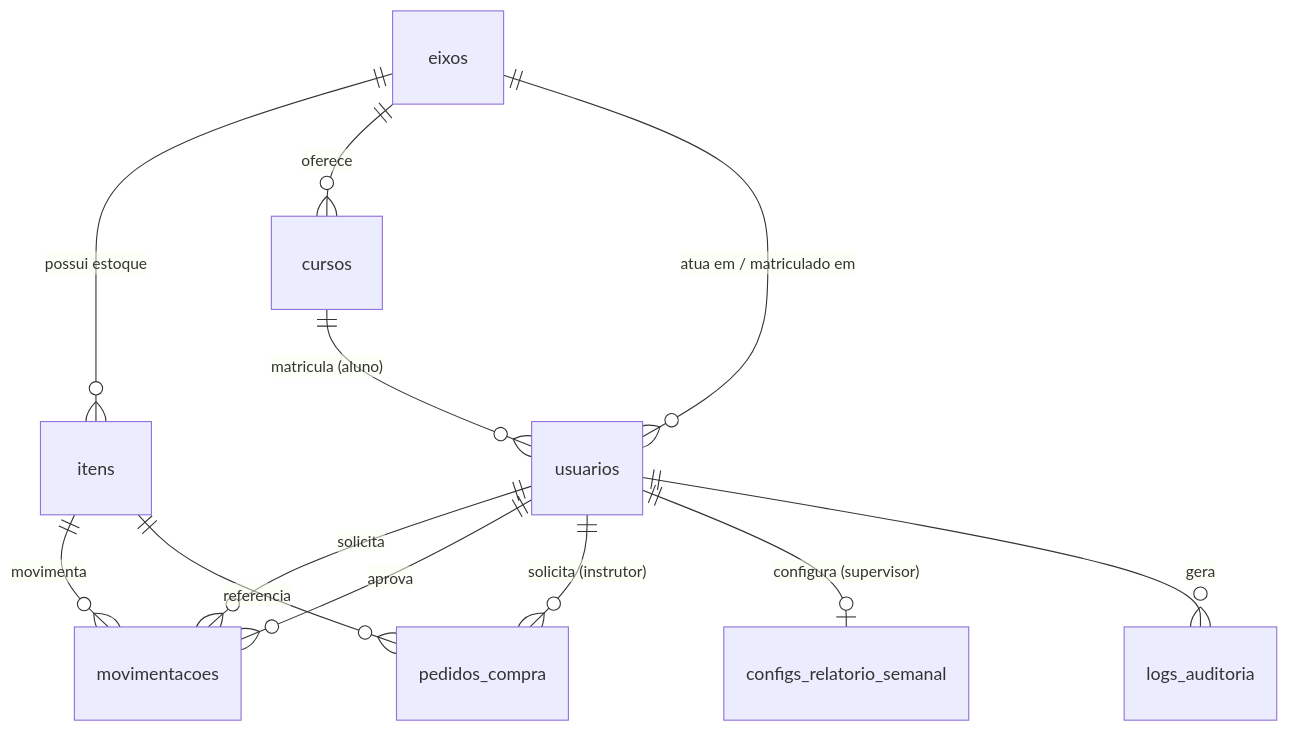
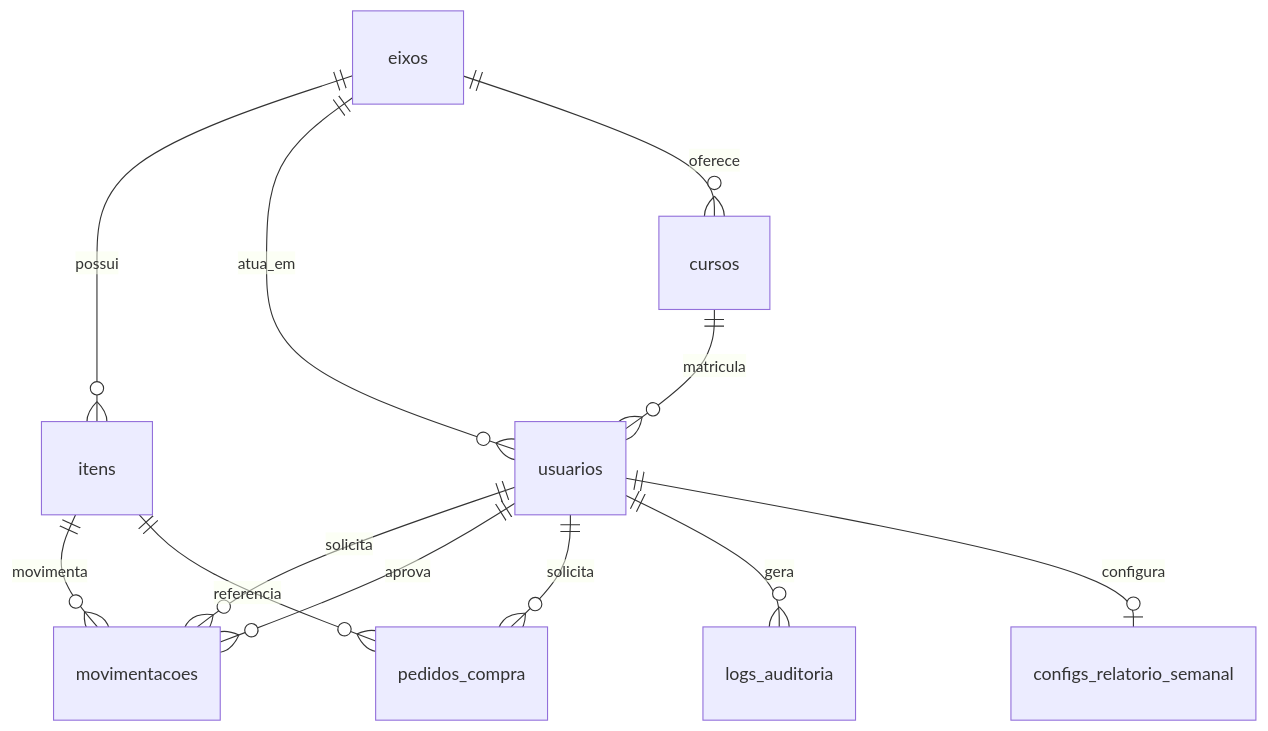
One commit to iagoot23/inventfy changed the diagram in REQUIREMENTS.md. Above: the diagram before and after it, drawn with Mermaid. The commit also changed other lines of this file, not shown here.

Commit message:
Simplify data model diagram: drop naming-convention paragraph, reorder/shorten mermaid labels

````diff
--- a/REQUIREMENTS.md
+++ b/REQUIREMENTS.md
@@ -219,14 +217,14 @@
 ```mermaid
 erDiagram
-    eixos ||--o{ itens : "possui estoque"
-    eixos ||--o{ cursos : "oferece"
-    eixos ||--o{ usuarios : "atua em / matriculado em"
-    cursos ||--o{ usuarios : "matricula (aluno)"
-    usuarios ||--o{ movimentacoes : "solicita"
-    usuarios ||--o{ movimentacoes : "aprova"
-    itens ||--o{ movimentacoes : "movimenta"
-    usuarios ||--o{ pedidos_compra : "solicita (instrutor)"
-    itens ||--o{ pedidos_compra : "referencia"
-    usuarios ||--o| configs_relatorio_semanal : "configura (supervisor)"
-    usuarios ||--o{ logs_auditoria : "gera"
+    usuarios ||--o{ movimentacoes : solicita
+    usuarios ||--o{ movimentacoes : aprova
+    itens ||--o{ movimentacoes : movimenta
+    usuarios ||--o{ pedidos_compra : solicita
+    itens ||--o{ pedidos_compra : referencia
+    usuarios ||--o{ logs_auditoria : gera
+    usuarios ||--o| configs_relatorio_semanal : configura
+    eixos ||--o{ itens : possui
+    eixos ||--o{ usuarios : atua_em
+    eixos ||--o{ cursos : oferece
+    cursos ||--o{ usuarios : matricula
 ```
````
